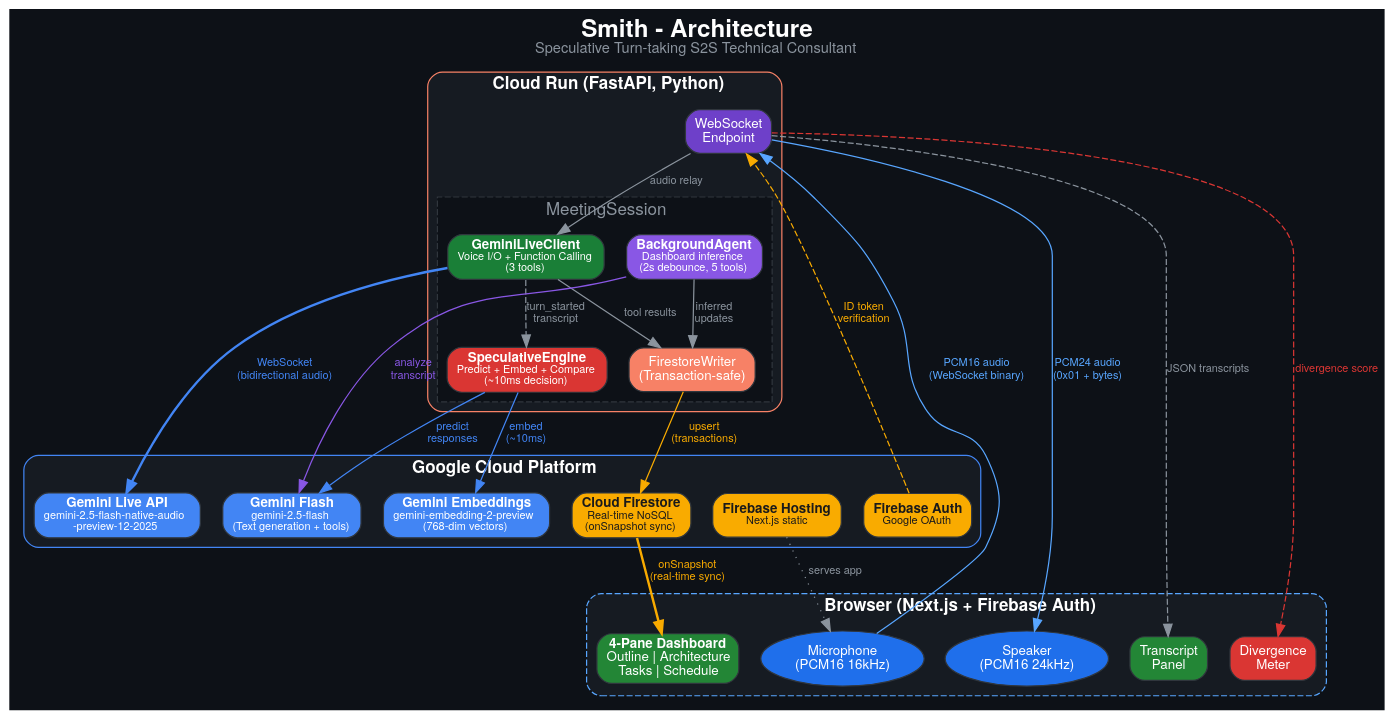
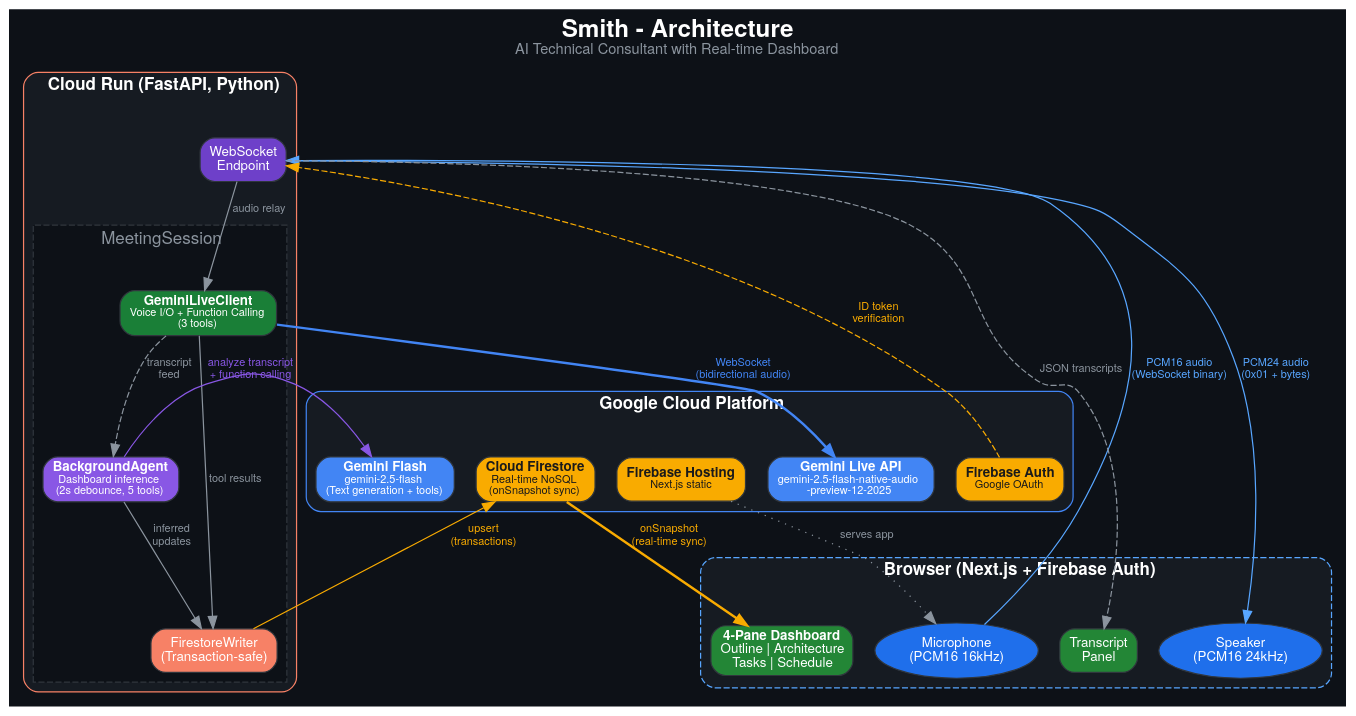
Before and after one commit to shukob/Smith: the diagram in doc/architecture.dot, drawn with Graphviz. The commit also changed 9 other files, not shown here.

First line of the commit message:
Pivot project focus to AI Technical Consultant and update demo documentation

```diff
--- a/doc/architecture.dot
+++ b/doc/architecture.dot
@@ -1,91 +1,85 @@
 digraph Smith {
     rankdir=TB;
     bgcolor="#0d1117";
     fontname="Helvetica Neue";
     node [fontname="Helvetica Neue", fontsize=11, style="filled,rounded", shape=box, color="#30363d", fontcolor="white"];
     edge [fontname="Helvetica Neue", fontsize=9, color="#8b949e", fontcolor="#8b949e"];
 
     // Title
     labelloc="t";
-    label=<<FONT FACE="Helvetica Neue" POINT-SIZE="20" COLOR="white"><B>Smith - Architecture</B></FONT><BR/><FONT FACE="Helvetica Neue" POINT-SIZE="12" COLOR="#8b949e">Speculative Turn-taking S2S Technical Consultant</FONT>>;
+    label=<<FONT FACE="Helvetica Neue" POINT-SIZE="20" COLOR="white"><B>Smith - Architecture</B></FONT><BR/><FONT FACE="Helvetica Neue" POINT-SIZE="12" COLOR="#8b949e">AI Technical Consultant with Real-time Dashboard</FONT>>;
 
     // Subgraph: Browser
     subgraph cluster_browser {
         label=<<FONT COLOR="white"><B>Browser (Next.js + Firebase Auth)</B></FONT>>;
         style="dashed,rounded";
         color="#58a6ff";
         fontcolor="white";
         bgcolor="#161b22";
 
         mic [label="Microphone\n(PCM16 16kHz)", fillcolor="#1f6feb", shape=ellipse];
         speaker [label="Speaker\n(PCM16 24kHz)", fillcolor="#1f6feb", shape=ellipse];
         ui [label=<<B>4-Pane Dashboard</B><BR/>Outline | Architecture<BR/>Tasks | Schedule>, fillcolor="#238636", fontcolor="white"];
         transcript_ui [label="Transcript\nPanel", fillcolor="#238636", fontcolor="white"];
-        divergence_ui [label="Divergence\nMeter", fillcolor="#da3633", fontcolor="white"];
     }
 
     // Subgraph: Cloud Run
     subgraph cluster_cloudrun {
         label=<<FONT COLOR="white"><B>Cloud Run (FastAPI, Python)</B></FONT>>;
         style="rounded";
         color="#f78166";
         fontcolor="white";
         bgcolor="#161b22";
 
         ws [label="WebSocket\nEndpoint", fillcolor="#6e40c9", fontcolor="white"];
 
         subgraph cluster_session {
             label=<<FONT COLOR="#8b949e">MeetingSession</FONT>>;
             style="dashed";
             color="#30363d";
             bgcolor="#0d1117";
 
             gemini_client [label=<<B>GeminiLiveClient</B><BR/><FONT POINT-SIZE="9">Voice I/O + Function Calling</FONT><BR/><FONT POINT-SIZE="9">(3 tools)</FONT>>, fillcolor="#1a7f37", fontcolor="white"];
-            spec_engine [label=<<B>SpeculativeEngine</B><BR/><FONT POINT-SIZE="9">Predict + Embed + Compare</FONT><BR/><FONT POINT-SIZE="9">(~10ms decision)</FONT>>, fillcolor="#da3633", fontcolor="white"];
             bg_agent [label=<<B>BackgroundAgent</B><BR/><FONT POINT-SIZE="9">Dashboard inference</FONT><BR/><FONT POINT-SIZE="9">(2s debounce, 5 tools)</FONT>>, fillcolor="#8957e5", fontcolor="white"];
             fw [label="FirestoreWriter\n(Transaction-safe)", fillcolor="#f78166", fontcolor="white"];
         }
     }
 
     // Subgraph: Google Cloud / Gemini
     subgraph cluster_gcp {
         label=<<FONT COLOR="white"><B>Google Cloud Platform</B></FONT>>;
         style="rounded";
         color="#4285f4";
         fontcolor="white";
         bgcolor="#161b22";
 
         gemini_live [label=<<B>Gemini Live API</B><BR/><FONT POINT-SIZE="9">gemini-2.5-flash-native-audio</FONT><BR/><FONT POINT-SIZE="9">-preview-12-2025</FONT>>, fillcolor="#4285f4", fontcolor="white"];
         gemini_flash [label=<<B>Gemini Flash</B><BR/><FONT POINT-SIZE="9">gemini-2.5-flash</FONT><BR/><FONT POINT-SIZE="9">(Text generation + tools)</FONT>>, fillcolor="#4285f4", fontcolor="white"];
-        gemini_embed [label=<<B>Gemini Embeddings</B><BR/><FONT POINT-SIZE="9">gemini-embedding-2-preview</FONT><BR/><FONT POINT-SIZE="9">(768-dim vectors)</FONT>>, fillcolor="#4285f4", fontcolor="white"];
         firestore [label=<<B>Cloud Firestore</B><BR/><FONT POINT-SIZE="9">Real-time NoSQL</FONT><BR/><FONT POINT-SIZE="9">(onSnapshot sync)</FONT>>, fillcolor="#f9ab00", fontcolor="#1a1a1a"];
         firebase_auth [label=<<B>Firebase Auth</B><BR/><FONT POINT-SIZE="9">Google OAuth</FONT>>, fillcolor="#f9ab00", fontcolor="#1a1a1a"];
         firebase_hosting [label=<<B>Firebase Hosting</B><BR/><FONT POINT-SIZE="9">Next.js static</FONT>>, fillcolor="#f9ab00", fontcolor="#1a1a1a"];
     }
 
     // Edges: Browser <-> Cloud Run
     mic -> ws [label="PCM16 audio\n(WebSocket binary)", color="#58a6ff", fontcolor="#58a6ff"];
     ws -> speaker [label="PCM24 audio\n(0x01 + bytes)", color="#58a6ff", fontcolor="#58a6ff"];
     ws -> transcript_ui [label="JSON transcripts", style=dashed, color="#8b949e"];
-    ws -> divergence_ui [label="divergence score", style=dashed, color="#da3633", fontcolor="#da3633"];
 
     // Edges: Cloud Run internal
     ws -> gemini_client [label="audio relay"];
-    gemini_client -> spec_engine [label="turn_started\ntranscript", style=dashed];
     gemini_client -> fw [label="tool results"];
+    gemini_client -> bg_agent [label="transcript\nfeed", style=dashed];
     bg_agent -> fw [label="inferred\nupdates"];
 
     // Edges: Cloud Run <-> GCP
     gemini_client -> gemini_live [label="WebSocket\n(bidirectional audio)", color="#4285f4", fontcolor="#4285f4", style=bold];
-    spec_engine -> gemini_flash [label="predict\nresponses", color="#4285f4", fontcolor="#4285f4"];
-    spec_engine -> gemini_embed [label="embed\n(~10ms)", color="#4285f4", fontcolor="#4285f4"];
-    bg_agent -> gemini_flash [label="analyze\ntranscript", color="#8957e5", fontcolor="#8957e5"];
+    bg_agent -> gemini_flash [label="analyze transcript\n+ function calling", color="#8957e5", fontcolor="#8957e5"];
     fw -> firestore [label="upsert\n(transactions)", color="#f9ab00", fontcolor="#f9ab00"];
 
     // Edges: Firestore -> Browser (real-time sync)
     firestore -> ui [label="onSnapshot\n(real-time sync)", color="#f9ab00", fontcolor="#f9ab00", style=bold];
 
     // Auth flow
     firebase_auth -> ws [label="ID token\nverification", style=dashed, color="#f9ab00", fontcolor="#f9ab00"];
     firebase_hosting -> mic [label="serves app", style=dotted, color="#8b949e"];
 }
```
